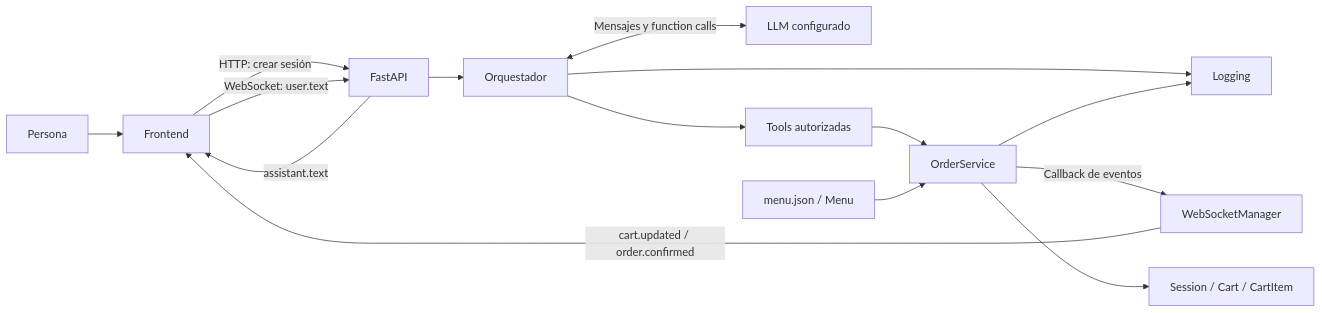
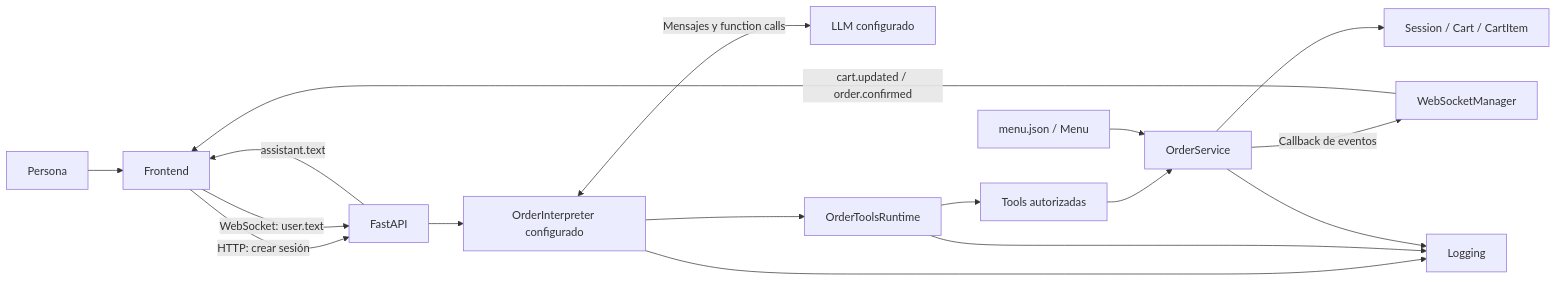
Before and after one commit to gsierra1/self_order: the first of 3 diagrams in docs/arquitectura.md, drawn with Mermaid. The commit also changed other lines of this file and 6 other files, not shown here.

Commit message:
alinear la documentación con el código y el HTML actuales. Se actualizaron prompts, tools y   OrderToolsRuntime, se documentaron backend_pcm/browser_text y se corrigieron diagramas de voz; falta confirmar si   queda alguna revisión pendiente.

````diff
--- a/docs/arquitectura.md
+++ b/docs/arquitectura.md
@@ -18,17 +19,19 @@
 ```mermaid
 flowchart LR
     U[Persona] --> F[Frontend]
     F -->|HTTP: crear sesión| A[FastAPI]
     F -->|WebSocket: user.text| A
-    A --> O[Orquestador]
+    A --> O[OrderInterpreter configurado]
     O <-->|Mensajes y function calls| G[LLM configurado]
-    O --> T[Tools autorizadas]
+    O --> R[OrderToolsRuntime]
+    R --> T[Tools autorizadas]
     T --> S[OrderService]
     M[menu.json / Menu] --> S
     S --> D[Session / Cart / CartItem]
     S -->|Callback de eventos| W[WebSocketManager]
     W -->|cart.updated / order.confirmed| F
     A -->|assistant.text| F
     O --> L[Logging]
+    R --> L
     S --> L
 ```
````
